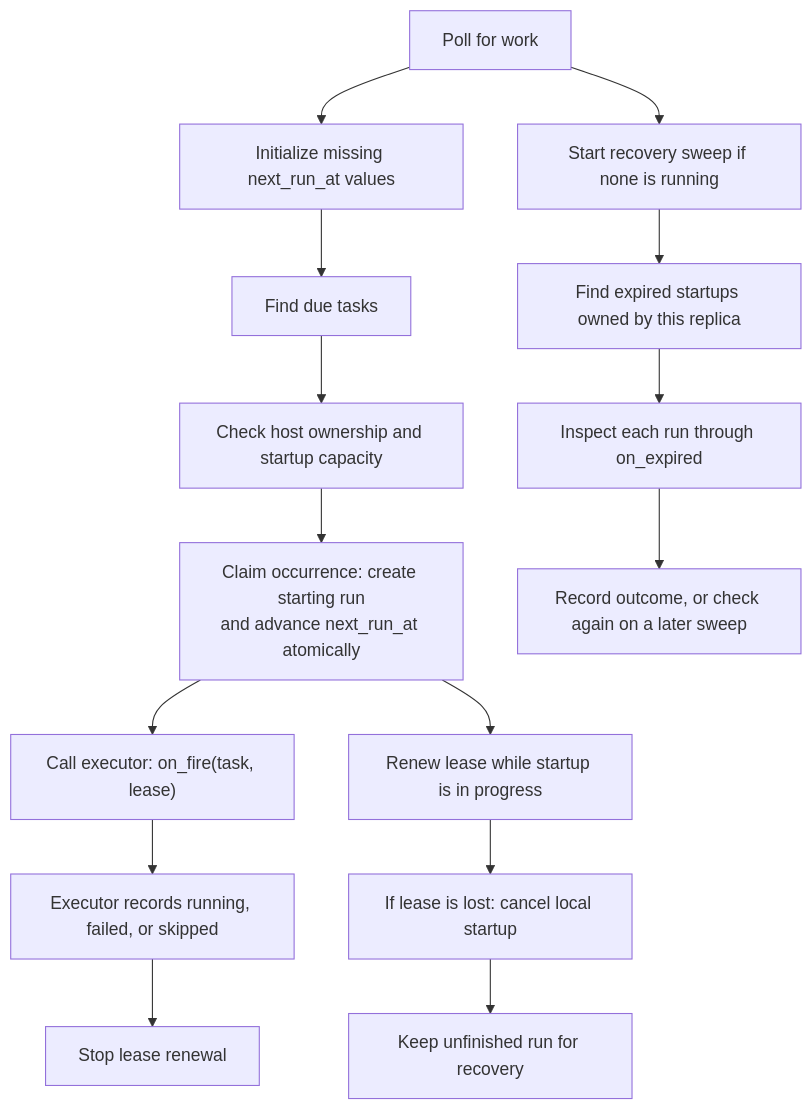
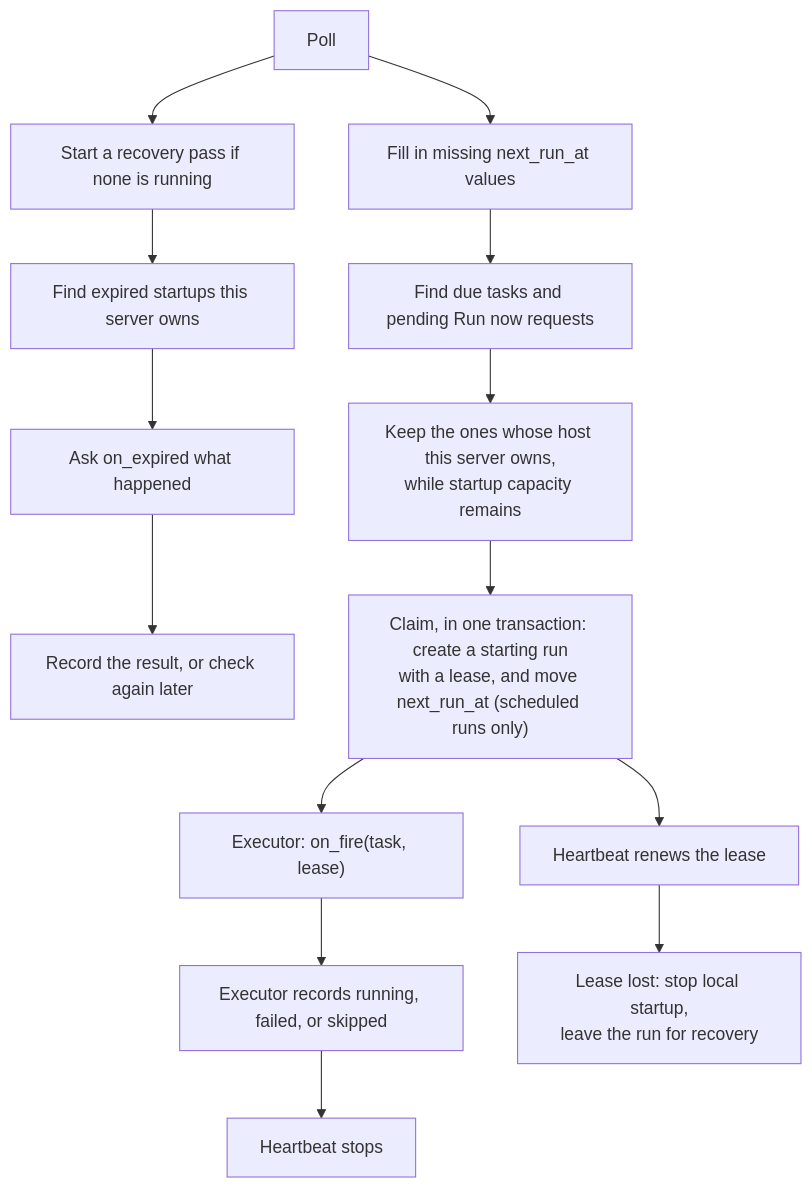
One commit to 24601/omnigent changed the first of 3 diagrams in omnigent/server/scheduled/README.md. Above: the diagram before and after it, drawn with Mermaid. The commit also changed other lines of this file, not shown here.

First line of the commit message:
Rewrite the scheduler README and document run states and interruptions (#11944)

````diff
--- a/omnigent/server/scheduled/README.md
+++ b/omnigent/server/scheduled/README.md
@@ -24,17 +43,16 @@
 ```mermaid
 flowchart TD
-    A["Poll for work"] --> B["Initialize missing next_run_at values"]
-    B --> C["Find due tasks"]
-    C --> D["Check host ownership and startup capacity"]
-    D --> E["Claim occurrence: create starting run<br/>and advance next_run_at atomically"]
-    E --> F["Call executor: on_fire(task, lease)"]
-    E --> G["Renew lease while startup is in progress"]
+    A["Poll"] --> L["Start a recovery pass if none is running"]
+    L --> M["Find expired startups this server owns"]
+    M --> N["Ask on_expired what happened"]
+    N --> O["Record the result, or check again later"]
+    A --> B["Fill in missing next_run_at values"]
+    B --> C["Find due tasks and pending Run now requests"]
+    C --> D["Keep the ones whose host this server owns,<br/>while startup capacity remains"]
+    D --> E["Claim, in one transaction: create a starting run<br/>with a lease, and move next_run_at (scheduled runs only)"]
+    E --> F["Executor: on_fire(task, lease)"]
+    E --> G["Heartbeat renews the lease"]
     F --> H["Executor records running, failed, or skipped"]
-    H --> I["Stop lease renewal"]
-    G --> J["If lease is lost: cancel local startup"]
-    J --> K["Keep unfinished run for recovery"]
-    A --> L["Start recovery sweep if none is running"]
-    L --> M["Find expired startups owned by this replica"]
-    M --> N["Inspect each run through on_expired"]
-    N --> O["Record outcome, or check again on a later sweep"]
+    H --> I["Heartbeat stops"]
+    G --> J["Lease lost: stop local startup,<br/>leave the run for recovery"]
 ```
````
